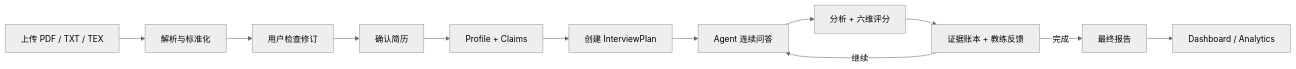
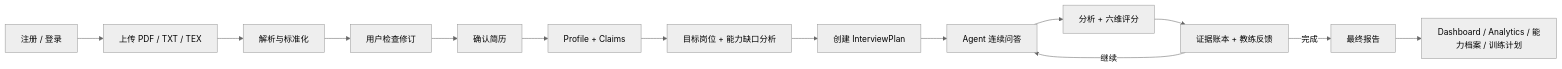
The diagram in docs/current-implementation.md (liquidweb9/Wenjian), drawn with Mermaid (neutral theme) before and after one commit. The commit also changed other lines of this file and 13 other files, not shown here.

````diff
--- a/docs/current-implementation.md
+++ b/docs/current-implementation.md
@@ -17,14 +18,16 @@
 ```mermaid
 flowchart LR
-    A["上传 PDF / TXT / TEX"] --> B["解析与标准化"]
-    B --> C["用户检查修订"]
-    C --> D["确认简历"]
-    D --> E["Profile + Claims"]
-    E --> F["创建 InterviewPlan"]
-    F --> G["Agent 连续问答"]
-    G --> H["分析 + 六维评分"]
-    H --> I["证据账本 + 教练反馈"]
-    I -->|继续| G
-    I -->|完成| J["最终报告"]
-    J --> K["Dashboard / Analytics"]
+    A["注册 / 登录"] --> B["上传 PDF / TXT / TEX"]
+    B --> C["解析与标准化"]
+    C --> D["用户检查修订"]
+    D --> E["确认简历"]
+    E --> F["Profile + Claims"]
+    F --> G["目标岗位 + 能力缺口分析"]
+    G --> H["创建 InterviewPlan"]
+    H --> I["Agent 连续问答"]
+    I --> J["分析 + 六维评分"]
+    J --> K["证据账本 + 教练反馈"]
+    K -->|继续| I
+    K -->|完成| L["最终报告"]
+    L --> M["Dashboard / Analytics / 能力档案 / 训练计划"]
 ```
````
